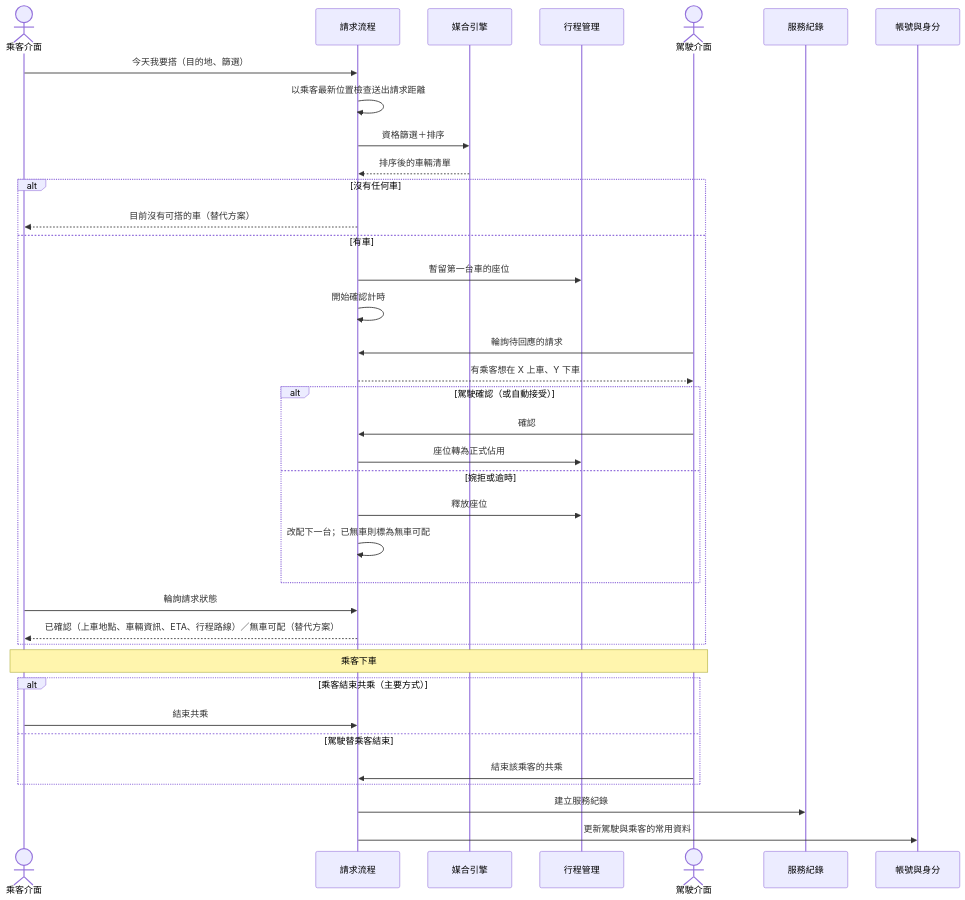
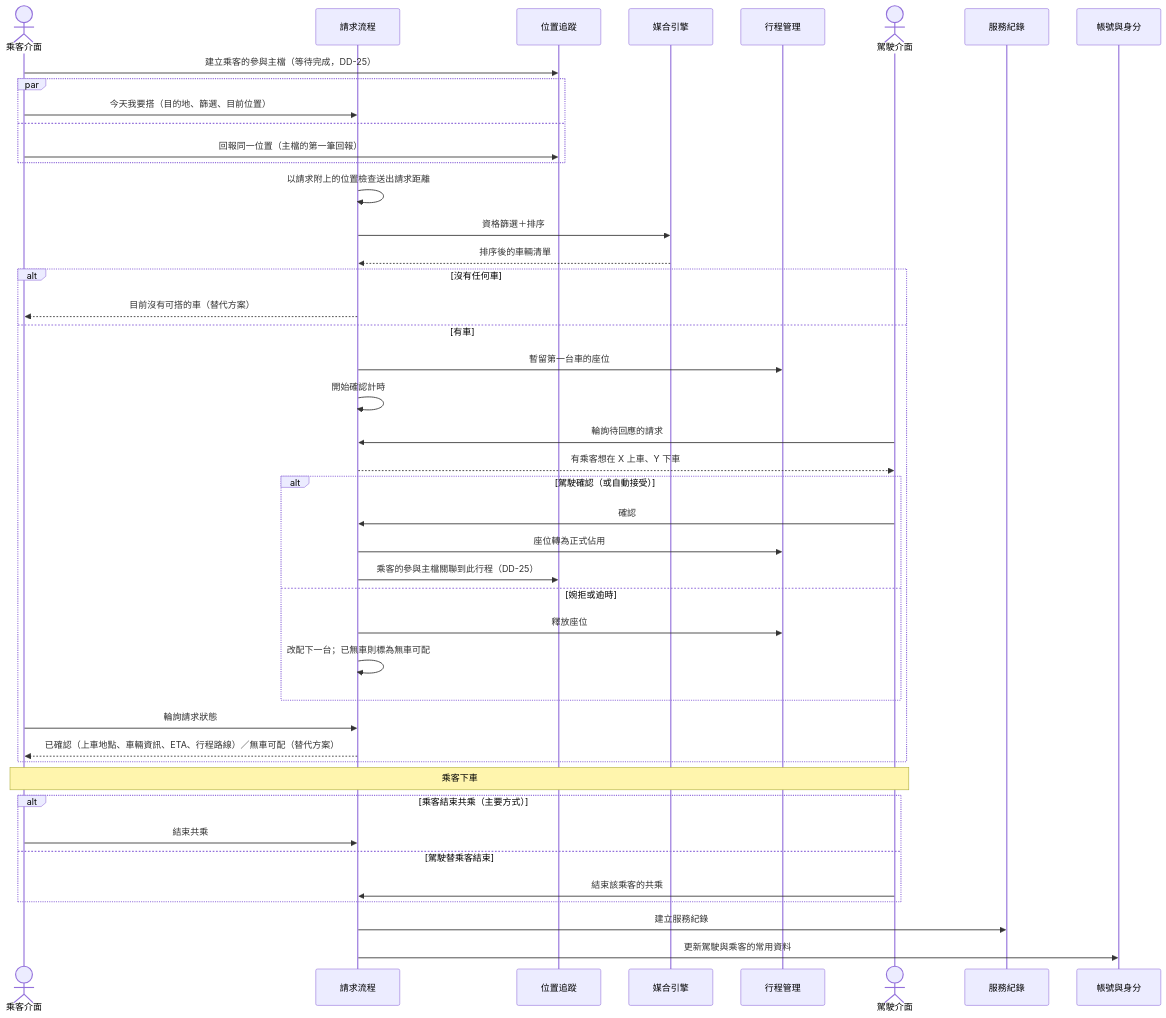
One commit to sohoffice/debugthon-carpool changed diagram 13 of 13 in docs/design.md. Above: the diagram before and after it, drawn with Mermaid. The commit also changed other lines of this file, not shown here.

````diff
--- a/docs/design.md
+++ b/docs/design.md
@@ -999,40 +1039,47 @@
 ```mermaid
 sequenceDiagram
     actor P as 乘客介面
     participant RQ as 請求流程
+    participant TRK as 位置追蹤
     participant MAT as 媒合引擎
     participant TRIP as 行程管理
     actor D as 駕駛介面
     participant REC as 服務紀錄
     participant ACC as 帳號與身分
 
-    P->>RQ: 今天我要搭（目的地、篩選）
-    RQ->>RQ: 以乘客最新位置檢查送出請求距離
+    P->>TRK: 建立乘客的參與主檔（等待完成，DD-25）
+    par
+        P->>RQ: 今天我要搭（目的地、篩選、目前位置）
+    and
+        P->>TRK: 回報同一位置（主檔的第一筆回報）
+    end
+    RQ->>RQ: 以請求附上的位置檢查送出請求距離
     RQ->>MAT: 資格篩選＋排序
     MAT-->>RQ: 排序後的車輛清單
     alt 沒有任何車
         RQ-->>P: 目前沒有可搭的車（替代方案）
     else 有車
         RQ->>TRIP: 暫留第一台車的座位
         RQ->>RQ: 開始確認計時
         D->>RQ: 輪詢待回應的請求
         RQ-->>D: 有乘客想在 X 上車、Y 下車
         alt 駕駛確認（或自動接受）
             D->>RQ: 確認
             RQ->>TRIP: 座位轉為正式佔用
+            RQ->>TRK: 乘客的參與主檔關聯到此行程（DD-25）
         else 婉拒或逾時
             RQ->>TRIP: 釋放座位
             RQ->>RQ: 改配下一台；已無車則標為無車可配
         end
         P->>RQ: 輪詢請求狀態
         RQ-->>P: 已確認（上車地點、車輛資訊、ETA、行程路線）／無車可配（替代方案）
     end
     Note over P,D: 乘客下車
     alt 乘客結束共乘（主要方式）
         P->>RQ: 結束共乘
     else 駕駛替乘客結束
         D->>RQ: 結束該乘客的共乘
     end
     RQ->>REC: 建立服務紀錄
     RQ->>ACC: 更新駕駛與乘客的常用資料
 ```
````
